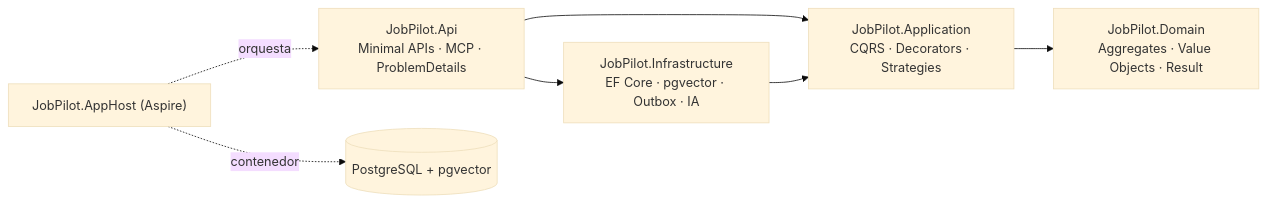
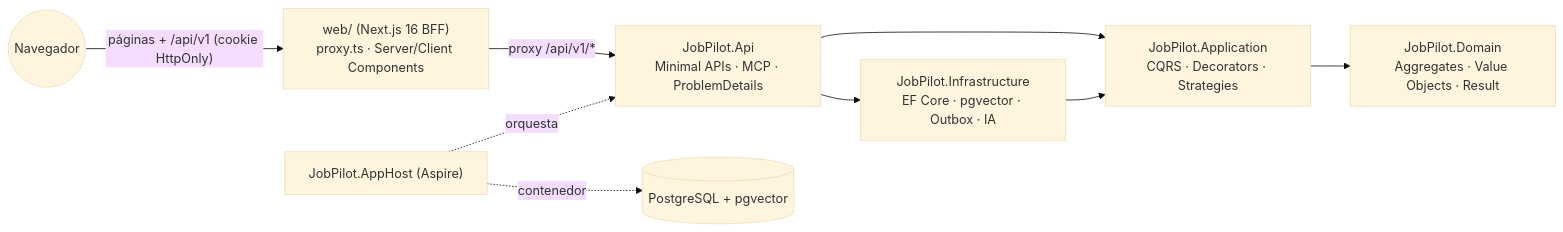
The first of 2 diagrams in docs/arquitectura.md (Lifrars/JobPilot), drawn with Mermaid (base theme) before and after one commit. The commit also changed 66 other files, not shown here.

First line of the commit message:
feat(web): add Next.js 16 frontend as a backend-for-frontend

````diff
--- a/docs/arquitectura.md
+++ b/docs/arquitectura.md
@@ -5,9 +5,11 @@
 ```mermaid
 flowchart LR
+    Browser(("Navegador")) -->|"páginas + /api/v1 (cookie HttpOnly)"| Web["web/ (Next.js 16 BFF)<br/>proxy.ts · Server/Client Components"]
+    Web -->|"proxy /api/v1/*"| Api
     Api["JobPilot.Api<br/>Minimal APIs · MCP · ProblemDetails"] --> Infra["JobPilot.Infrastructure<br/>EF Core · pgvector · Outbox · IA"]
     Api --> App
     Infra --> App["JobPilot.Application<br/>CQRS · Decorators · Strategies"]
     App --> Domain["JobPilot.Domain<br/>Aggregates · Value Objects · Result"]
     AppHost["JobPilot.AppHost (Aspire)"] -. orquesta .-> Api
     AppHost -. contenedor .-> PG[(PostgreSQL + pgvector)]
 ```
````
